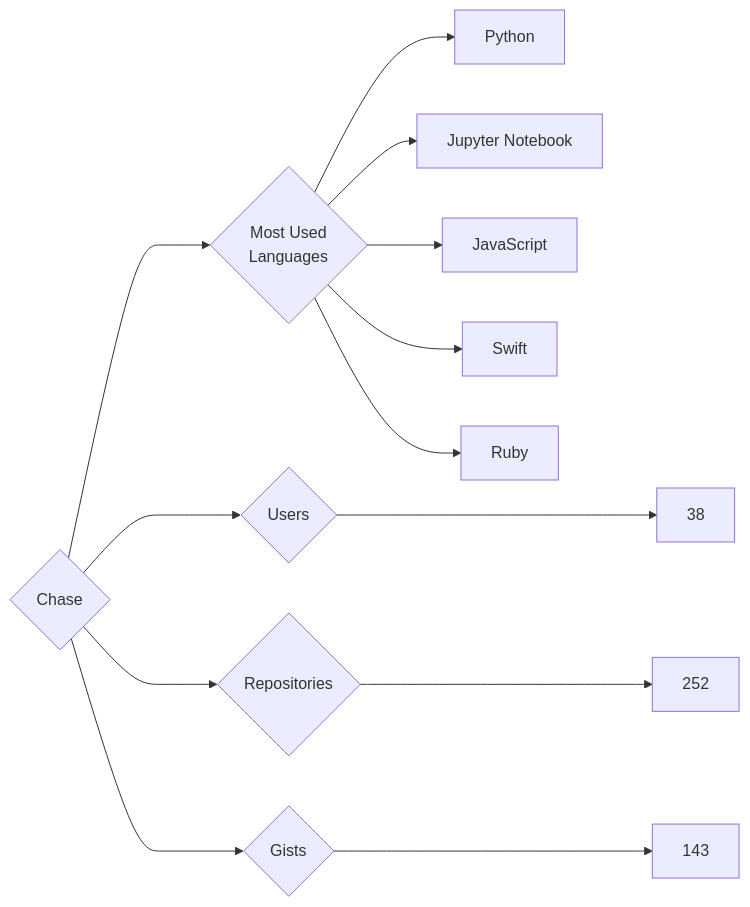
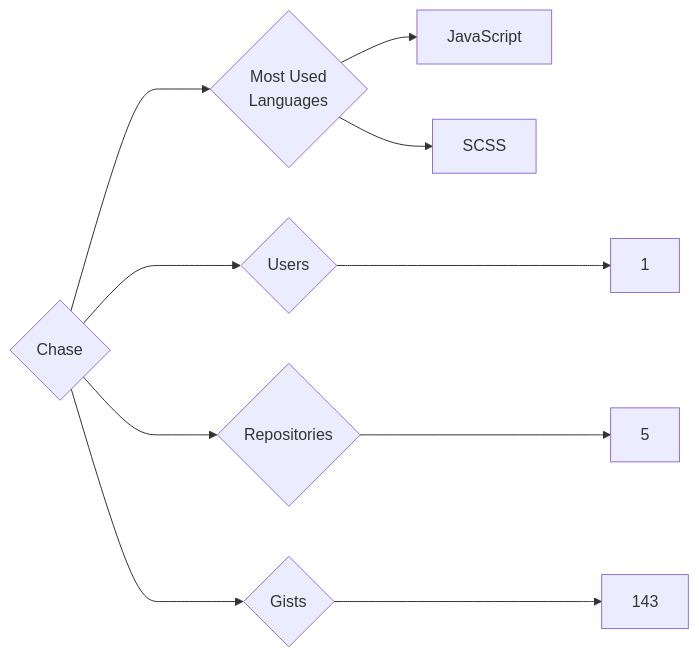
One commit to trickest/insiders changed the diagram in targets/Chase/README.md. Above: the diagram before and after it, drawn with Mermaid. The commit also changed 639 other files, not shown here.

````diff
--- a/targets/Chase/README.md
+++ b/targets/Chase/README.md
@@ -3,13 +3,10 @@
 ```mermaid
 graph LR
 COMPANY_NAME{Chase}
-COMPANY_NAME ---> U{Users} ---> UN[38]
-COMPANY_NAME ---> R{Repositories} ---> RN[252]
+COMPANY_NAME ---> U{Users} ---> UN[1]
+COMPANY_NAME ---> R{Repositories} ---> RN[5]
 COMPANY_NAME ---> G{Gists} ---> GN[143]
 COMPANY_NAME ---> ML{Most Used<br>Languages}
-ML --> Python[Python]
-ML --> Jupyter_Notebook[Jupyter Notebook]
 ML --> JavaScript[JavaScript]
-ML --> Swift[Swift]
-ML --> Ruby[Ruby]
+ML --> SCSS[SCSS]
 ```
````
